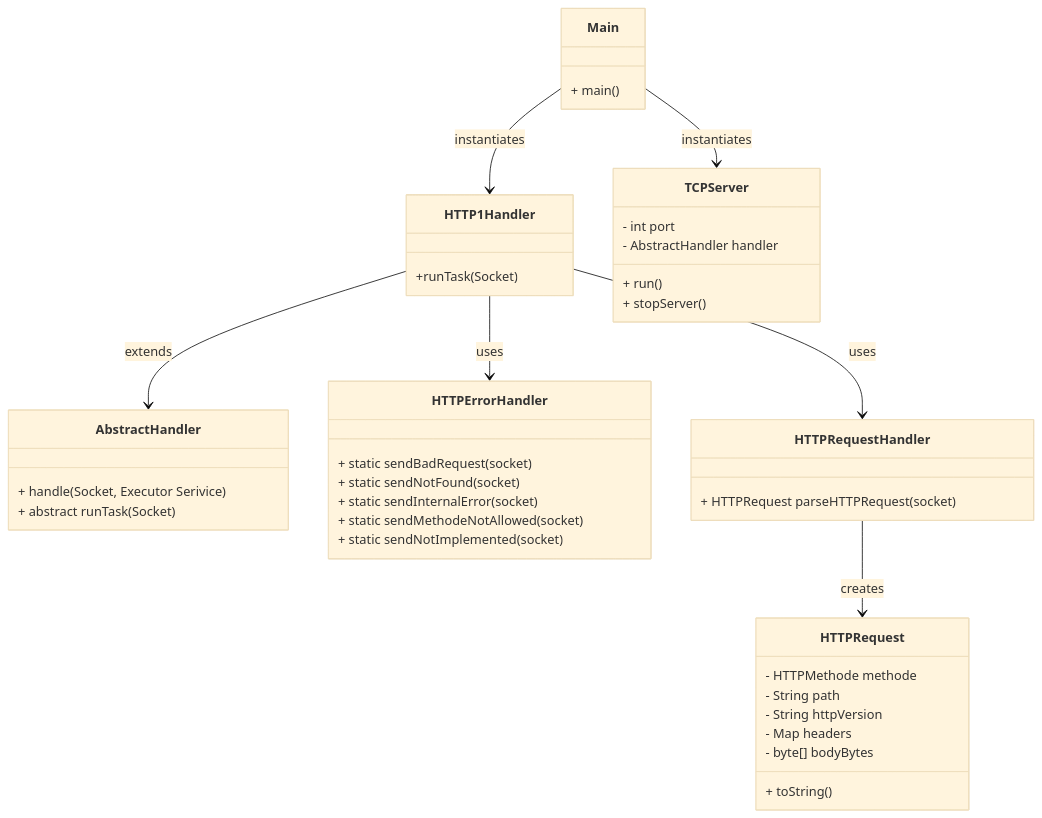
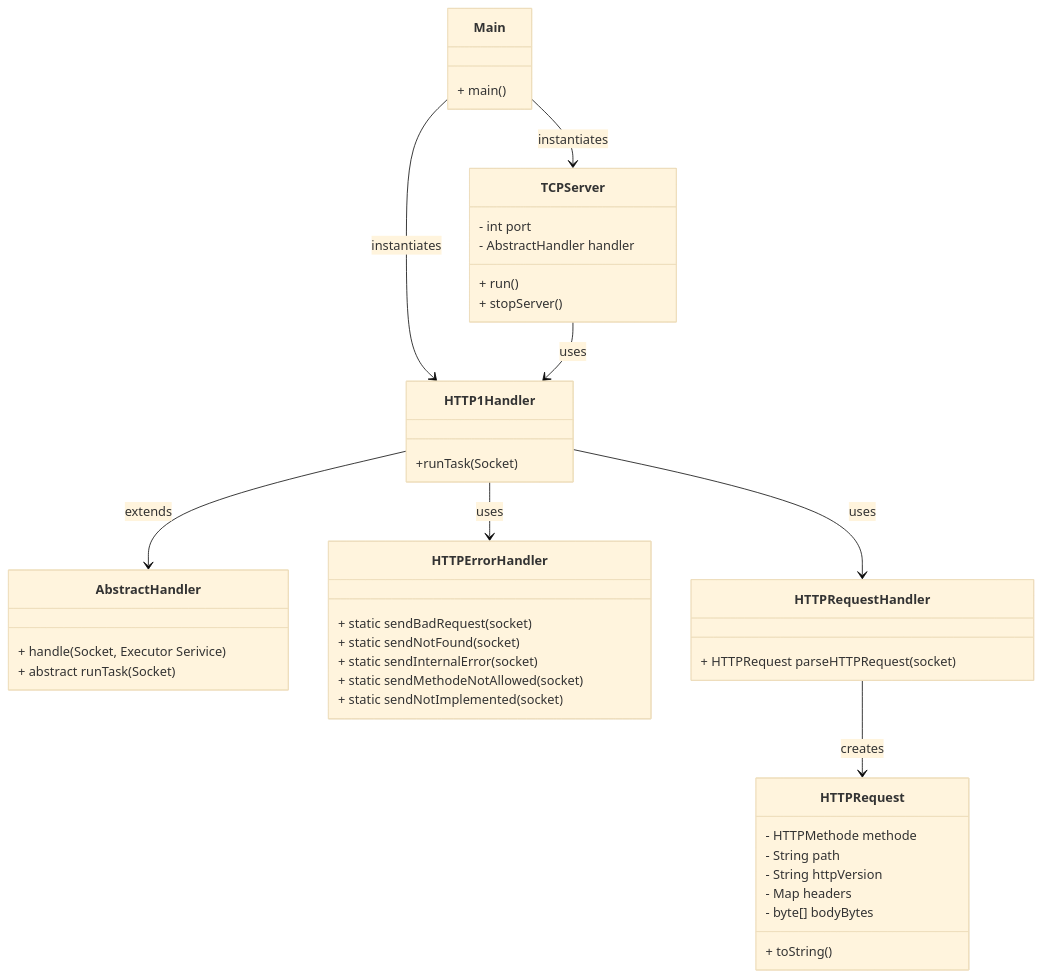
Before and after one commit to z10n-dev/BuildYourOwnWebserver: the diagram in README.md, drawn with Mermaid (base theme).

Commit message:
Add TCPServer usage in README diagram

````diff
--- a/README.md
+++ b/README.md
@@ -9,50 +9,51 @@
 ```mermaid
 classDiagram
     class HTTP1Handler{
         +runTask(Socket)
     }
 
     class AbstractHandler{
         +  handle (Socket, Executor Serivice)
         + abstract runTask(Socket)
     }
 
     class TCPServer{
         - int port
         - AbstractHandler handler
         + run()
         + stopServer()
     }
 
     class Main{
         + main()
     }
 
     class HTTPErrorHandler{
         + static sendBadRequest(socket)
         + static sendNotFound(socket)
         + static sendInternalError(socket)
         + static sendMethodeNotAllowed(socket)
         + static sendNotImplemented(socket)
     }
 
     class HTTPRequestHandler{
         + HTTPRequest parseHTTPRequest(socket)
     }
 
     class HTTPRequest {
         - HTTPMethode methode
         - String path
         - String httpVersion
         - Map<String, String[]> headers
         - byte[] bodyBytes
         + toString()
     }
 
     HTTP1Handler --> AbstractHandler : extends
     HTTP1Handler --> HTTPErrorHandler : uses
     HTTP1Handler --> HTTPRequestHandler : uses
     HTTPRequestHandler --> HTTPRequest : creates
     Main --> HTTP1Handler : instantiates
     Main --> TCPServer : instantiates
+    TCPServer --> HTTP1Handler : uses
 ```
````
